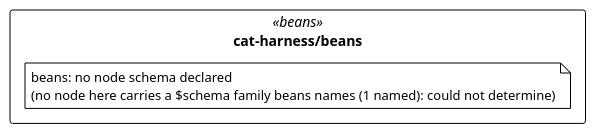
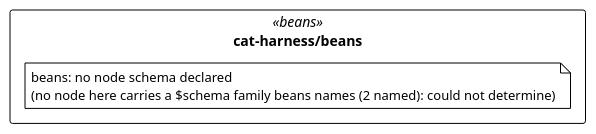
One commit to litlfred/folio-assistant changed the diagram in cat-harness/uml/overview/cat-harness/beans.puml. Above: the diagram before and after it, drawn with PlantUML. The commit also changed 7 other files, not shown here.

First line of the commit message:
A nested kind's $schema family must be declared on its PARENT — the survey was the first node to prove it

```diff
--- a/cat-harness/uml/overview/cat-harness/beans.puml
+++ b/cat-harness/uml/overview/cat-harness/beans.puml
@@ -3,13 +3,13 @@
 @startuml cat_harness_beans
 !pragma layout elk
 !theme plain
 skinparam classAttributeIconSize 0
 skinparam shadowing false
 skinparam packageStyle rectangle
 hide empty methods
 
 package "cat-harness/beans" as pkg_cat_harness_beans <<beans>> {
-  note "beans: no node schema declared\n(no node here carries a $schema family beans names (1 named): could not determine)" as n_cat_harness_beans_beans
+  note "beans: no node schema declared\n(no node here carries a $schema family beans names (2 named): could not determine)" as n_cat_harness_beans_beans
 }
 
 @enduml
```
